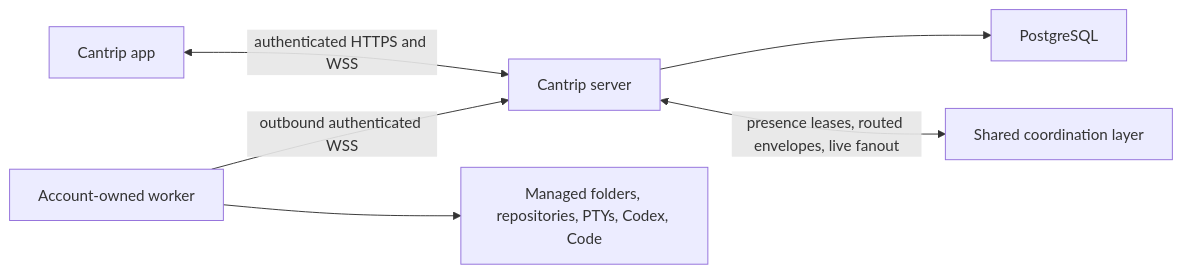
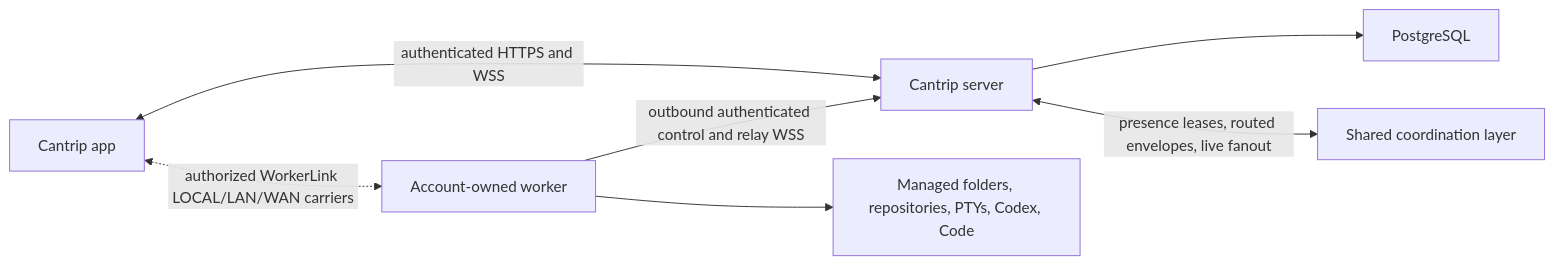
One commit to ArcaneArts/Cantrip changed the diagram in docs/HOSTED_SECURITY_ARCHITECTURE.md. Above: the diagram before and after it, drawn with Mermaid. The commit also changed other lines of this file and 47 other files, not shown here.

````diff
--- a/docs/HOSTED_SECURITY_ARCHITECTURE.md
+++ b/docs/HOSTED_SECURITY_ARCHITECTURE.md
@@ -21,15 +24,16 @@
 ```mermaid
 flowchart LR
     APP["Cantrip app"]
     API["Cantrip server"]
     DB["PostgreSQL"]
     BUS["Shared coordination layer"]
     WORKER["Account-owned worker"]
     FILES["Managed folders, repositories, PTYs, Codex, Code"]
 
     APP <-->|"authenticated HTTPS and WSS"| API
     API --> DB
     API <-->|"presence leases, routed envelopes, live fanout"| BUS
-    WORKER -->|"outbound authenticated WSS"| API
+    WORKER -->|"outbound authenticated control and relay WSS"| API
+    APP <-.->|"authorized WorkerLink LOCAL/LAN/WAN carriers"| WORKER
     WORKER --> FILES
 ```
````
